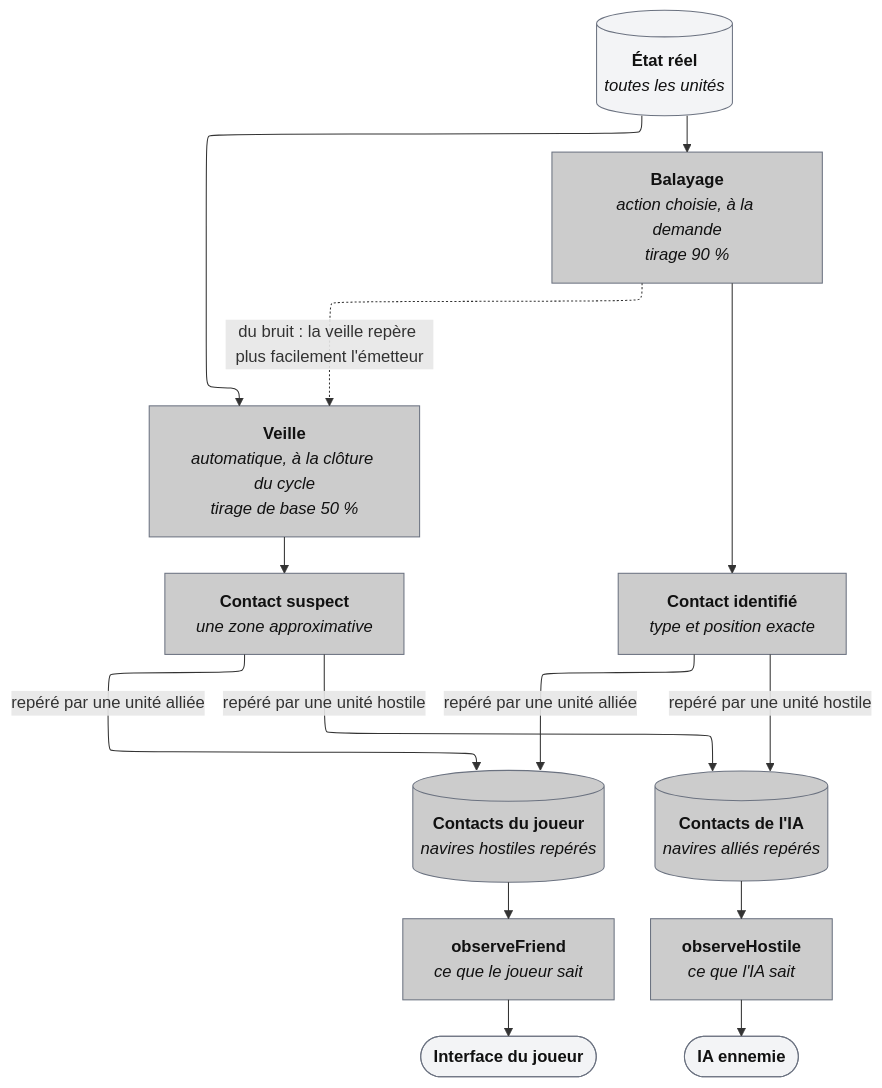
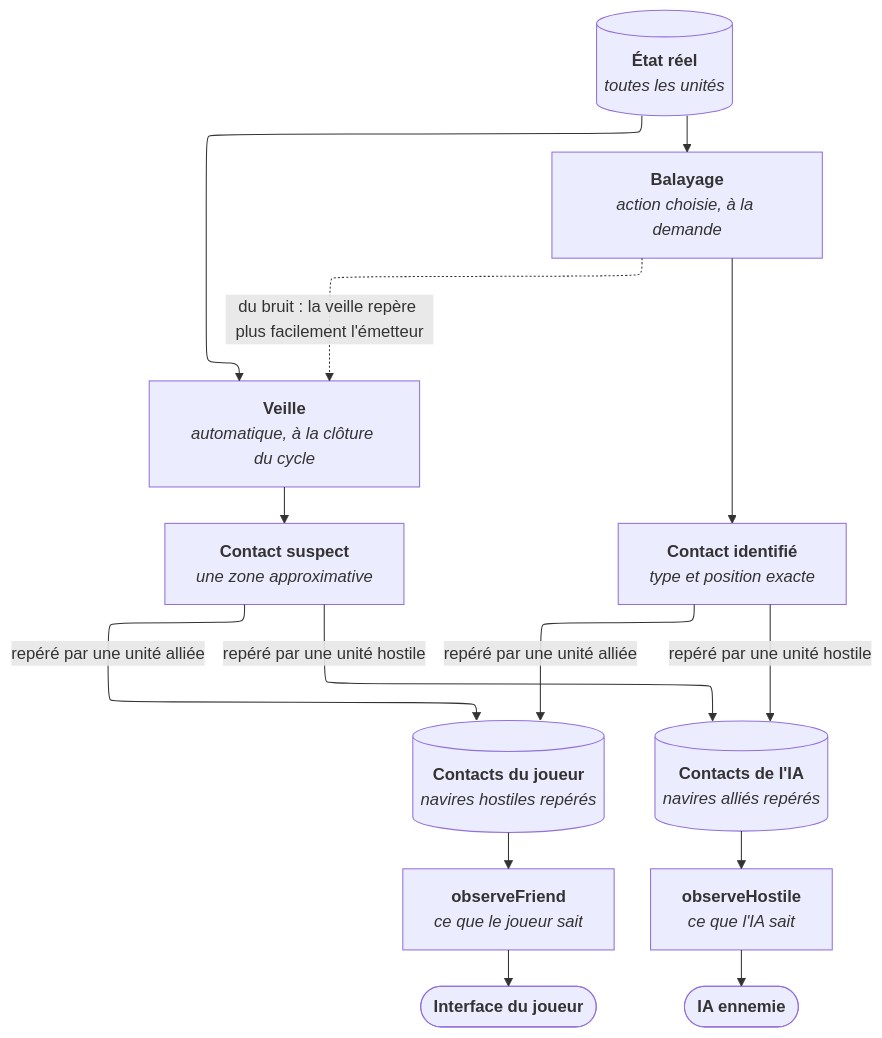
The diagram in docs/diagrams/06-detection.md (peangoulvant/Tacticoop), drawn with Mermaid before and after one commit. The commit also changed other lines of this file and 9 other files, not shown here.

Commit message:
docs: update diagrams

````diff
--- a/docs/diagrams/06-detection.md
+++ b/docs/diagrams/06-detection.md
@@ -5,36 +6,35 @@
 ```mermaid
 ---
 config:
   layout: elk
+  theme: default
+  look: classic
 ---
 flowchart TB
     reel[("`**État réel**<br>*toutes les unités*`")]:::ext
 
-    veille["`**Veille**<br>*automatique, à la clôture du cycle<br>tirage de base 50 %*`"]:::ui
-    balayage["`**Balayage**<br>*action choisie, à la demande<br>tirage 90 %*`"]:::ui
+    veille["`**Veille**<br>*automatique, à la clôture du cycle*`"]:::ui
+    balayage["`**Balayage**<br>*action choisie, à la demande*`"]:::ui
 
     suspect["`**Contact suspect**<br>*une zone approximative*`"]:::ui
     identifie["`**Contact identifié**<br>*type et position exacte*`"]:::ui
 
     amis[("`**Contacts du joueur**<br>*navires hostiles repérés*`")]:::ui
     hostiles[("`**Contacts de l'IA**<br>*navires alliés repérés*`")]:::ui
 
     vueAmie["`**observeFriend**<br>*ce que le joueur sait*`"]:::ui
     vueHostile["`**observeHostile**<br>*ce que l'IA sait*`"]:::ui
 
     ecran(["`**Interface du joueur**`"]):::ext
     ia(["`**IA ennemie**`"]):::ext
 
     reel --> veille --> suspect
     reel --> balayage --> identifie
     balayage -.->|"du bruit : la veille repère plus facilement l'émetteur"| veille
     suspect -->|"repéré par une unité alliée"| amis
     suspect -->|"repéré par une unité hostile"| hostiles
     identifie -->|"repéré par une unité alliée"| amis
     identifie -->|"repéré par une unité hostile"| hostiles
     amis --> vueAmie --> ecran
     hostiles --> vueHostile --> ia
-
-    classDef ui fill:#cccccc,stroke:#6b7280,color:#111
-    classDef ext fill:#f3f4f6,stroke:#6b7280,color:#111
 ```
````
